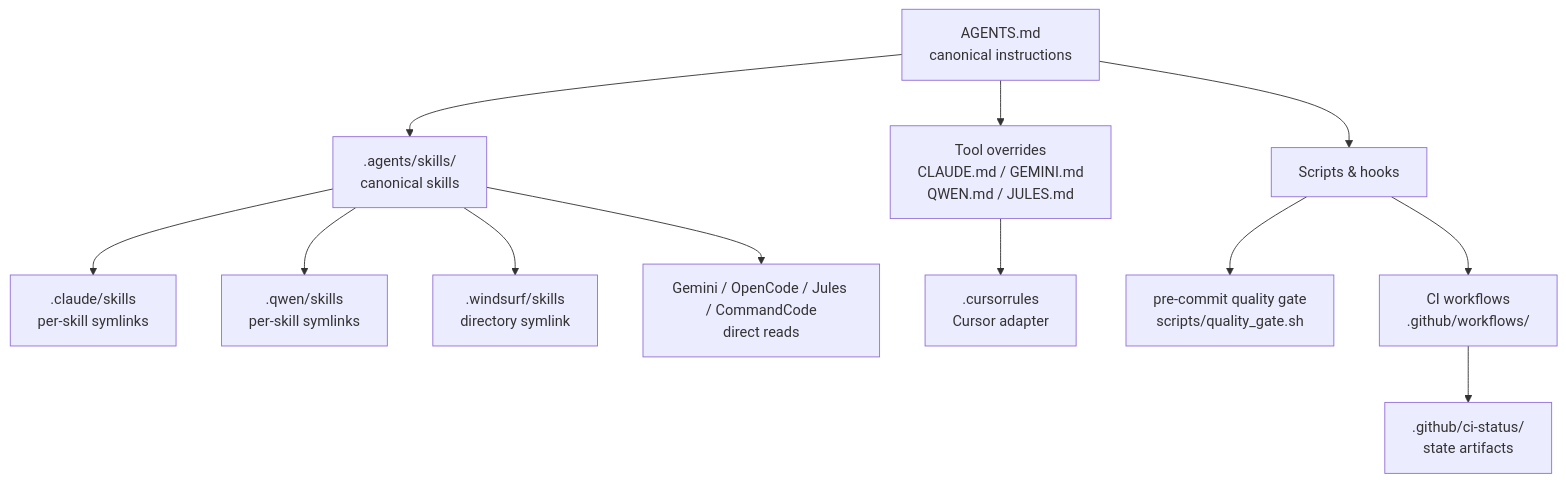
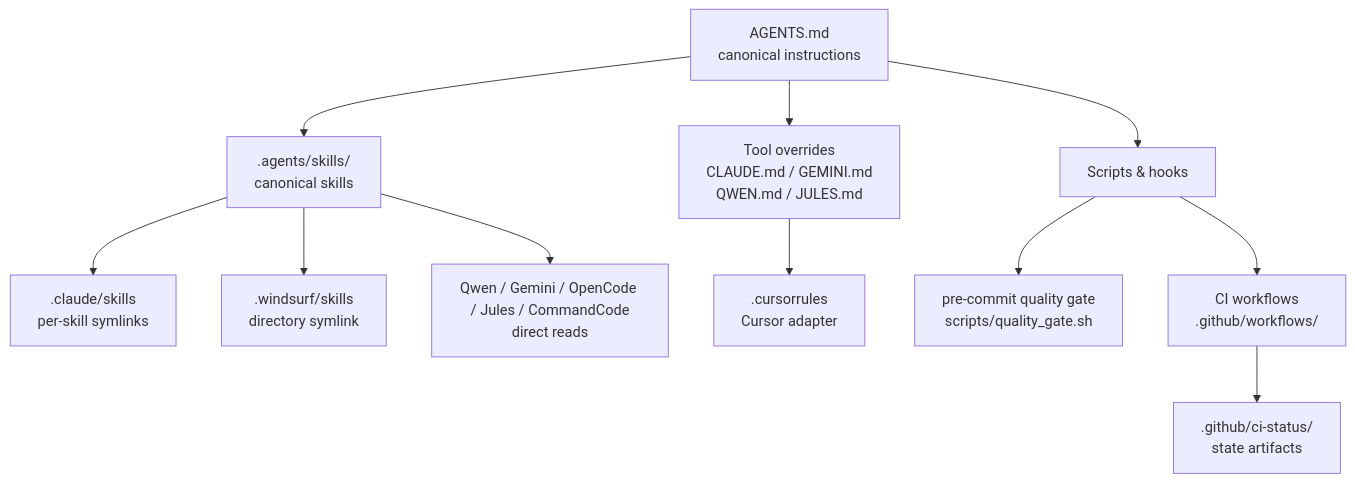
One commit to d-o-hub/github-template-ai-agents changed the first of 2 diagrams in README.md. Above: the diagram before and after it, drawn with Mermaid. The commit also changed other lines of this file and 154 other files, not shown here.

````diff
--- a/README.md
+++ b/README.md
@@ -78,14 +78,13 @@
 ```mermaid
 flowchart TD
     A["AGENTS.md<br/>canonical instructions"] --> B["Tool overrides<br/>CLAUDE.md / GEMINI.md<br/>QWEN.md / JULES.md"]
     A --> C[".agents/skills/<br/>canonical skills"]
     C --> D[".claude/skills<br/>per-skill symlinks"]
-    C --> E[".qwen/skills<br/>per-skill symlinks"]
     C --> F[".windsurf/skills<br/>directory symlink"]
-    C --> G["Gemini / OpenCode / Jules / CommandCode<br/>direct reads"]
+    C --> G["Qwen / Gemini / OpenCode / Jules / CommandCode<br/>direct reads"]
     B --> H[".cursorrules<br/>Cursor adapter"]
     A --> I["Scripts & hooks"]
     I --> J["pre-commit quality gate<br/>scripts/quality_gate.sh"]
     I --> K["CI workflows<br/>.github/workflows/"]
     K --> L[".github/ci-status/<br/>state artifacts"]
 ```
````
